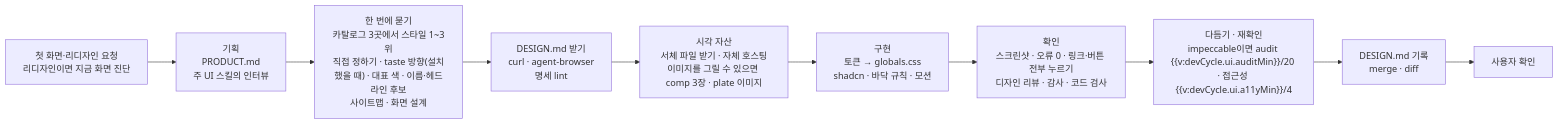
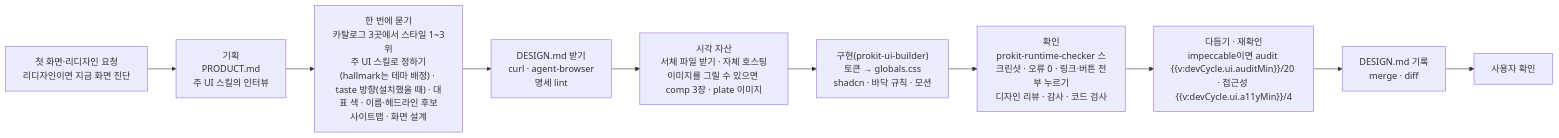
Before and after one commit to roadkwon-ai/pro-kit: the diagram in docs/blocks/ui-flow-diagram.md, drawn with Mermaid. The commit also changed 65 other files, not shown here.

````diff
--- a/docs/blocks/ui-flow-diagram.md
+++ b/docs/blocks/ui-flow-diagram.md
@@ -2,12 +2,12 @@
 ```mermaid
 flowchart LR
   R["첫 화면·리디자인 요청<br/>리디자인이면 지금 화면 진단"] --> I["기획<br/>PRODUCT.md<br/>주 UI 스킬의 인터뷰"]
-  I --> Q["한 번에 묻기<br/>카탈로그 3곳에서 스타일 1~3위<br/>직접 정하기 · taste 방향(설치했을 때) · 대표 색 · 이름·헤드라인 후보<br/>사이트맵 · 화면 설계"]
+  I --> Q["한 번에 묻기<br/>카탈로그 3곳에서 스타일 1~3위<br/>주 UI 스킬로 정하기(hallmark는 테마 배정) · taste 방향(설치했을 때) · 대표 색 · 이름·헤드라인 후보<br/>사이트맵 · 화면 설계"]
   Q --> D["DESIGN.md 받기<br/>curl · agent-browser<br/>명세 lint"]
   D --> A["시각 자산<br/>서체 파일 받기 · 자체 호스팅<br/>이미지를 그릴 수 있으면 comp 3장 · plate 이미지"]
-  A --> C["구현<br/>토큰 → globals.css<br/>shadcn · 바닥 규칙 · 모션"]
-  C --> V["확인<br/>스크린샷 · 오류 0 · 링크·버튼 전부 누르기<br/>디자인 리뷰 · 감사 · 코드 검사"]
+  A --> C["구현(prokit-ui-builder)<br/>토큰 → globals.css<br/>shadcn · 바닥 규칙 · 모션"]
+  C --> V["확인<br/>prokit-runtime-checker 스크린샷 · 오류 0 · 링크·버튼 전부 누르기<br/>디자인 리뷰 · 감사 · 코드 검사"]
   V --> P["다듬기 · 재확인<br/>impeccable이면 audit {{v:devCycle.ui.auditMin}}/20 · 접근성 {{v:devCycle.ui.a11yMin}}/4"]
   P --> M["DESIGN.md 기록<br/>merge · diff"]
   M --> U["사용자 확인"]
 ```
````
